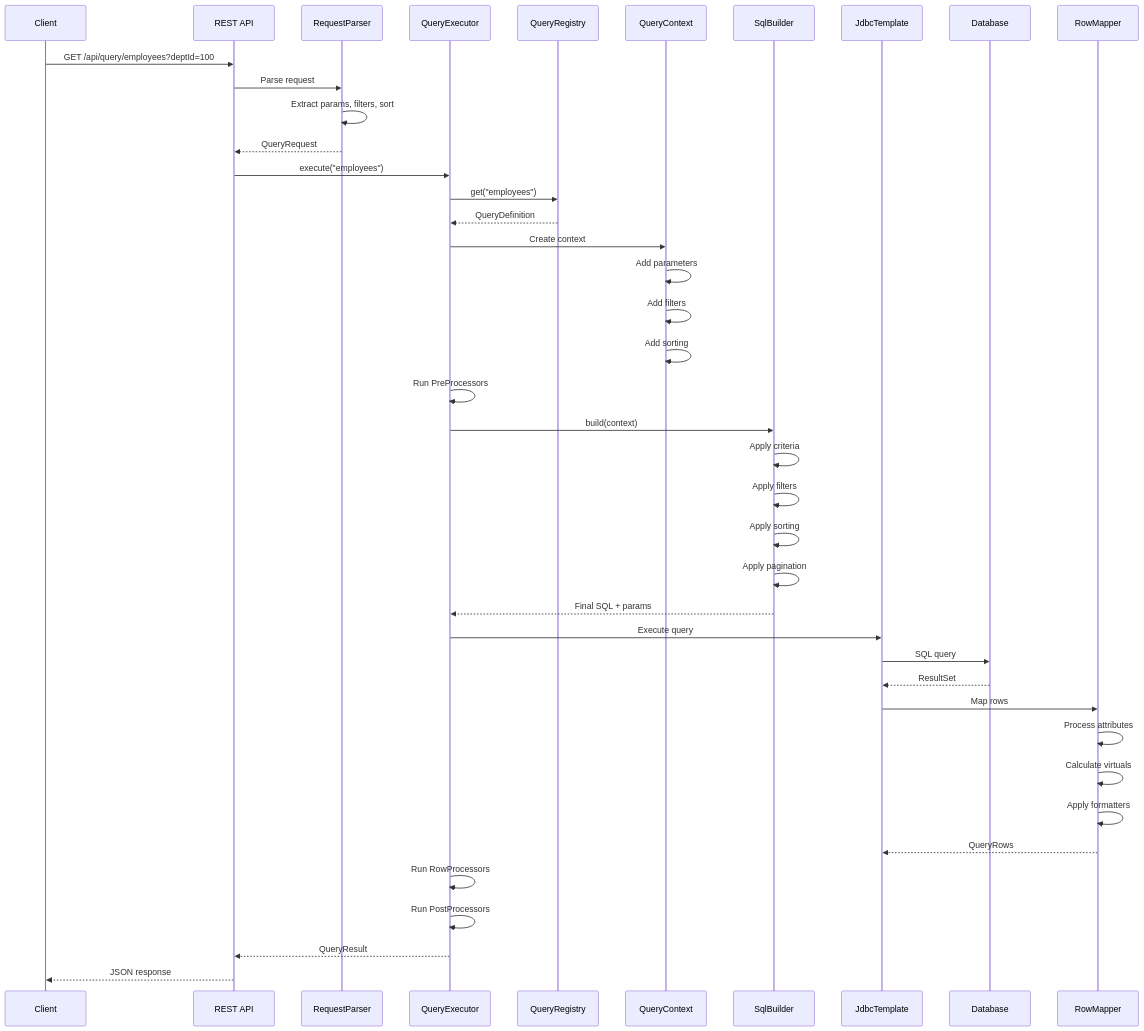
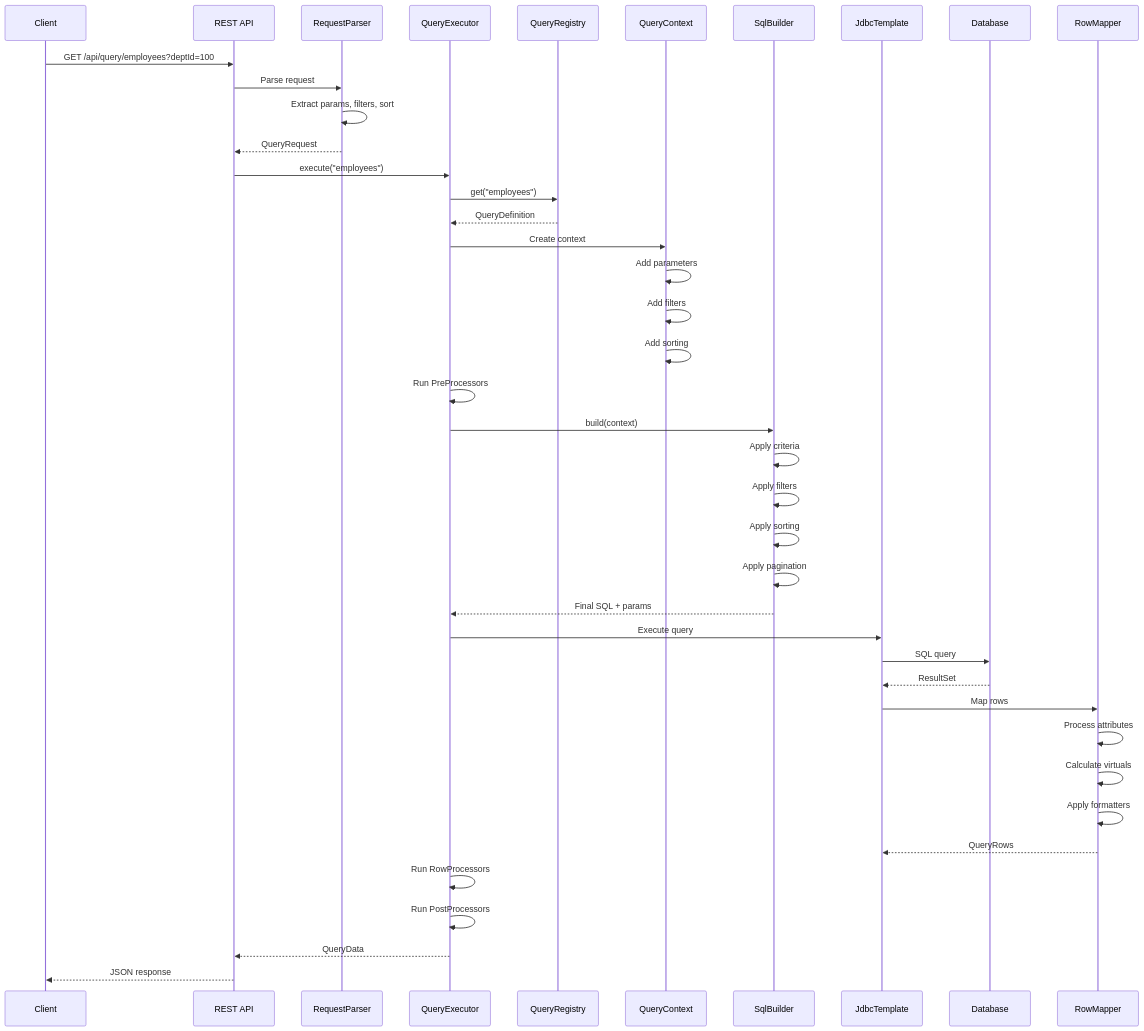
The third of 10 diagrams in docs/QUERY_ENGINE_WORKFLOW.md (sahebsoft/query-register-system), drawn with Mermaid before and after one commit. The commit also changed other lines of this file and 14 other files, not shown here.

````diff
--- a/docs/QUERY_ENGINE_WORKFLOW.md
+++ b/docs/QUERY_ENGINE_WORKFLOW.md
@@ -90,52 +90,52 @@
 ```mermaid
 sequenceDiagram
     participant Client
     participant API as REST API
     participant Parser as RequestParser
     participant QE as QueryExecutor
     participant QR as QueryRegistry
     participant CTX as QueryContext
     participant SQL as SqlBuilder
     participant JDBC as JdbcTemplate
     participant DB as Database
     participant Mapper as RowMapper
     
     Client->>API: GET /api/query/employees?deptId=100
     API->>Parser: Parse request
     Parser->>Parser: Extract params, filters, sort
     Parser-->>API: QueryRequest
     
     API->>QE: execute("employees")
     QE->>QR: get("employees")
     QR-->>QE: QueryDefinition
     
     QE->>CTX: Create context
     CTX->>CTX: Add parameters
     CTX->>CTX: Add filters
     CTX->>CTX: Add sorting
     
     QE->>QE: Run PreProcessors
     
     QE->>SQL: build(context)
     SQL->>SQL: Apply criteria
     SQL->>SQL: Apply filters
     SQL->>SQL: Apply sorting
     SQL->>SQL: Apply pagination
     SQL-->>QE: Final SQL + params
     
     QE->>JDBC: Execute query
     JDBC->>DB: SQL query
     DB-->>JDBC: ResultSet
     
     JDBC->>Mapper: Map rows
     Mapper->>Mapper: Process attributes
     Mapper->>Mapper: Calculate virtuals
     Mapper->>Mapper: Apply formatters
     Mapper-->>JDBC: QueryRows
     
     QE->>QE: Run RowProcessors
     QE->>QE: Run PostProcessors
     
-    QE-->>API: QueryResult
+    QE-->>API: QueryData
     API-->>Client: JSON response
 ```
````
